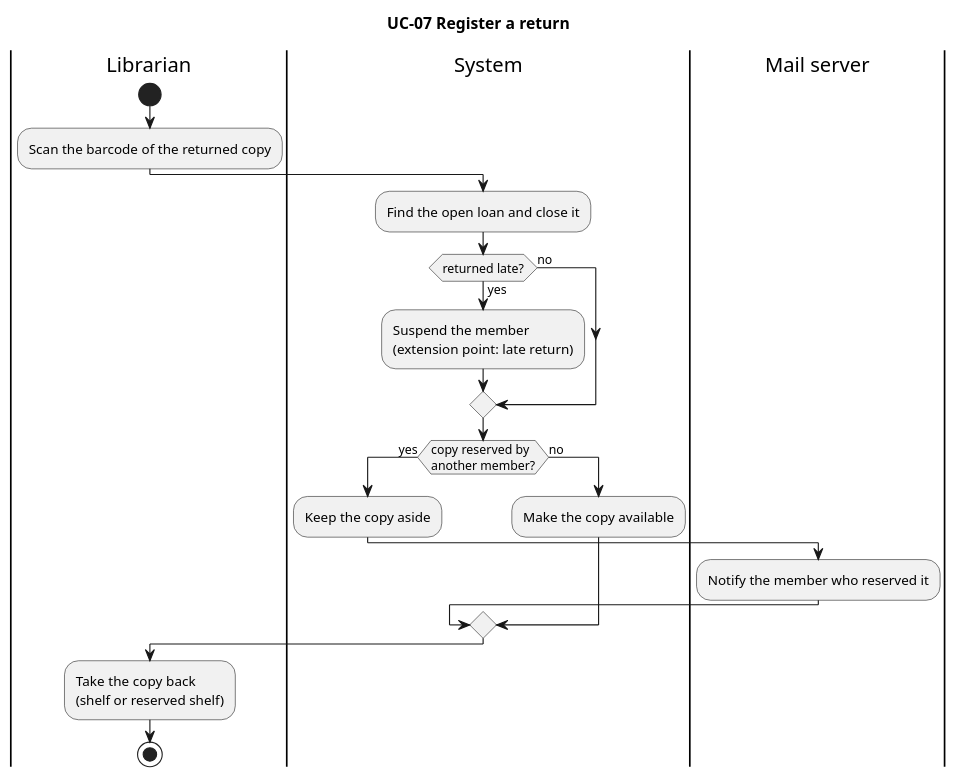
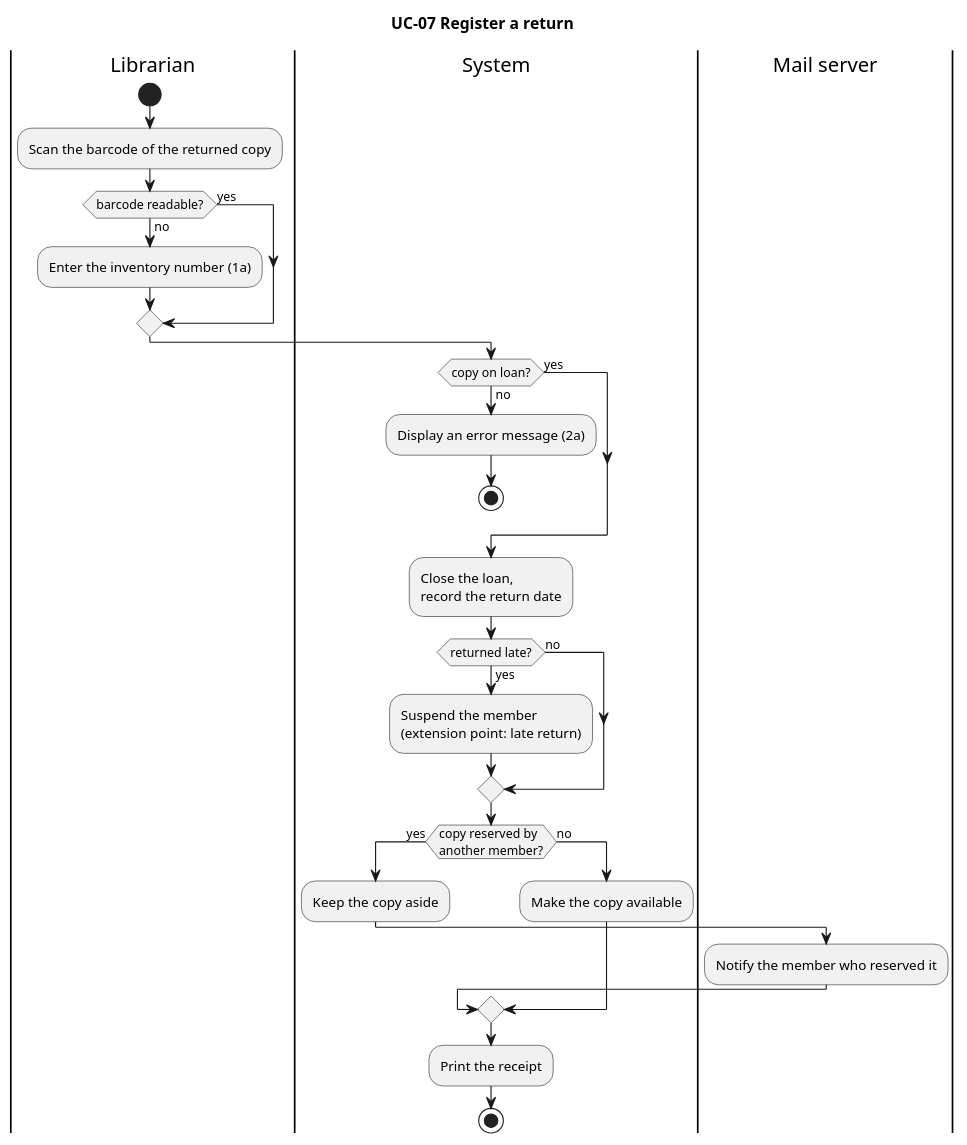
One commit to ramiamara-r/tp2-lib changed the diagram in uml/register-return-activity.puml. Above: the diagram before and after it, drawn with PlantUML. The commit also changed 7 other files, not shown here.

```diff
--- a/uml/register-return-activity.puml
+++ b/uml/register-return-activity.puml
@@ -1,24 +1,32 @@
 @startuml
 title UC-07 Register a return
 
 |Librarian|
 start
 :Scan the barcode of the returned copy;
+if (barcode readable?) then (yes)
+else (no)
+  :Enter the inventory number (1a);
+endif
 |System|
-:Find the open loan and close it;
+if (copy on loan?) then (yes)
+else (no)
+  :Display an error message (2a);
+  stop
+endif
+:Close the loan,\nrecord the return date;
 if (returned late?) then (yes)
   :Suspend the member\n(extension point: late return);
 else (no)
 endif
 if (copy reserved by\nanother member?) then (yes)
   :Keep the copy aside;
   |Mail server|
   :Notify the member who reserved it;
   |System|
 else (no)
   :Make the copy available;
 endif
-|Librarian|
-:Take the copy back\n(shelf or reserved shelf);
+:Print the receipt;
 stop
 @enduml
```
